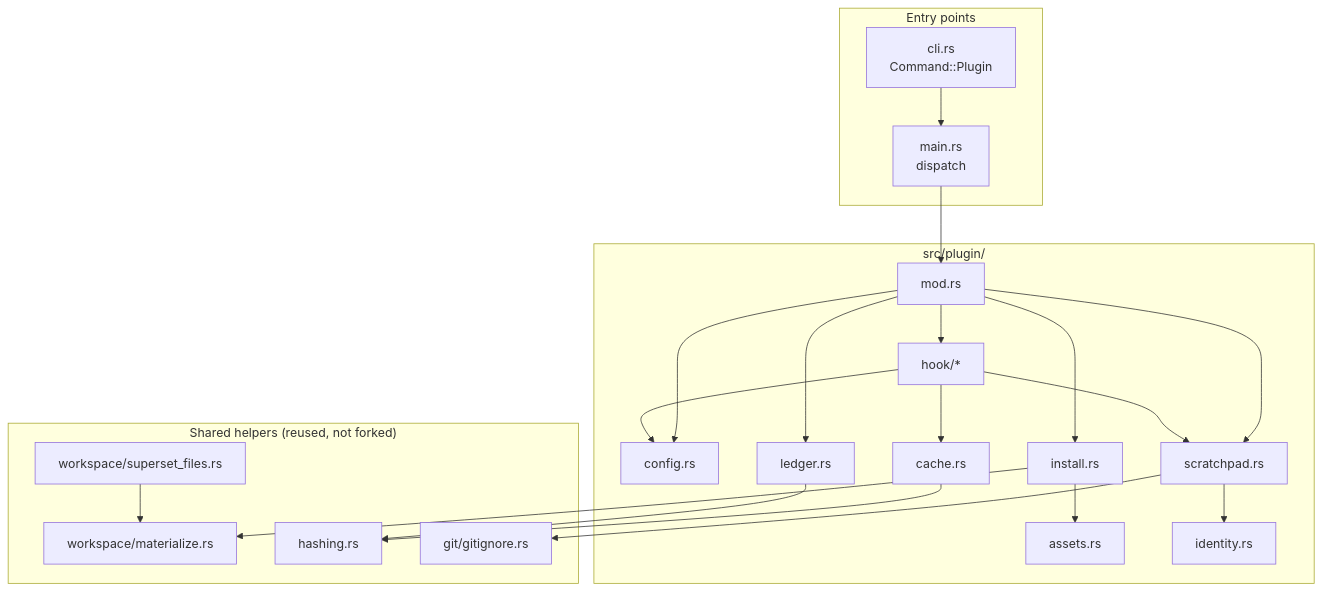
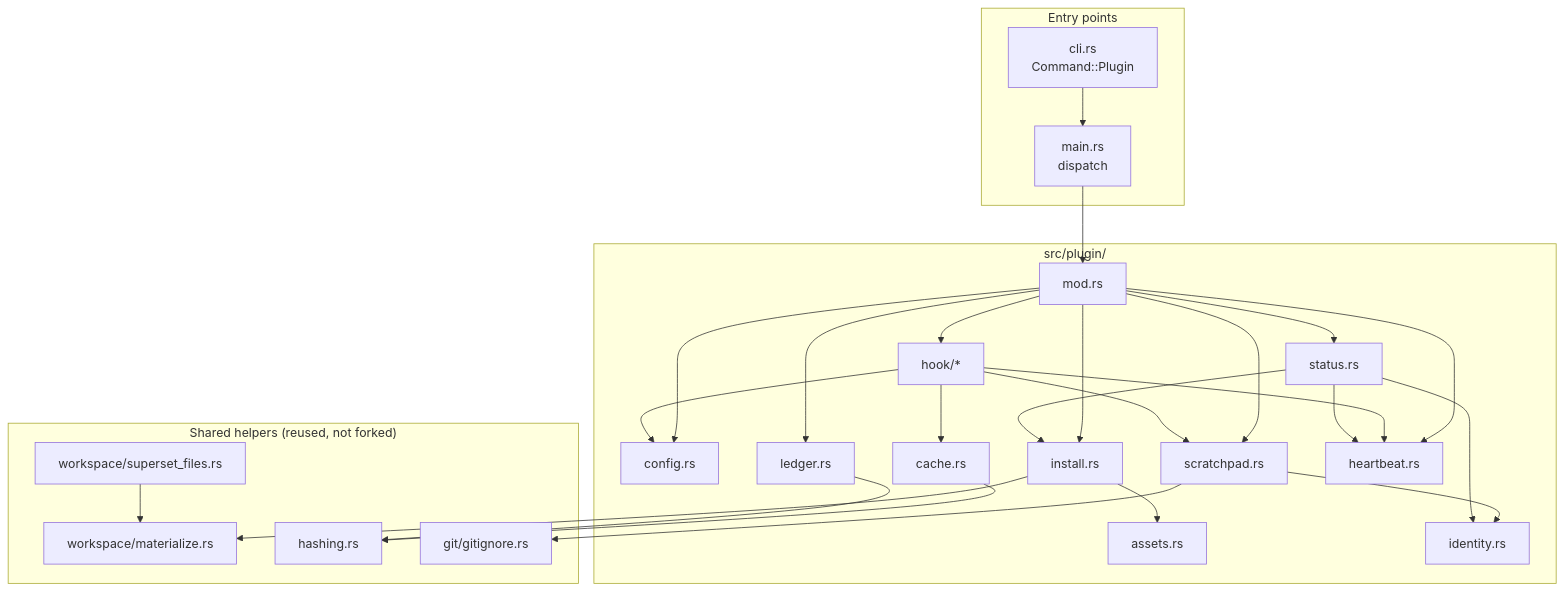
One commit to ViktorStiskala/superset-magic changed the diagram in docs/plans/2026-08-29-001-ss-magic-plugin/architecture.md. Above: the diagram before and after it, drawn with Mermaid. The commit also changed other lines of this file and 7 other files, not shown here.

````diff
--- a/docs/plans/2026-08-29-001-ss-magic-plugin/architecture.md
+++ b/docs/plans/2026-08-29-001-ss-magic-plugin/architecture.md
@@ -78,32 +80,35 @@
 ```mermaid
 graph TD
   subgraph entry["Entry points"]
     CLI["cli.rs<br/>Command::Plugin"]
     MAIN["main.rs<br/>dispatch"]
   end
   subgraph plug["src/plugin/"]
     MOD["mod.rs"]
     CFG["config.rs"]
     INST["install.rs"]
     ASSET["assets.rs"]
     ID["identity.rs"]
     SCR["scratchpad.rs"]
     CACHE["cache.rs"]
     LEDG["ledger.rs"]
+    HB["heartbeat.rs"]
+    STATUS["status.rs"]
     HOOK["hook/*"]
   end
   subgraph shared["Shared helpers (reused, not forked)"]
     MAT["workspace/materialize.rs"]
     HASH["hashing.rs"]
     GI["git/gitignore.rs"]
     SF["workspace/superset_files.rs"]
   end
   CLI --> MAIN --> MOD
-  MOD --> CFG & INST & SCR & LEDG & HOOK
+  MOD --> CFG & INST & SCR & LEDG & HB & STATUS & HOOK
   INST --> ASSET & MAT
   SCR --> ID & GI
   CACHE --> HASH
-  HOOK --> CACHE & SCR & CFG
+  HOOK --> CACHE & SCR & CFG & HB
+  STATUS --> ID & INST & HB
   SF --> MAT
   LEDG --> HASH
 ```
````
